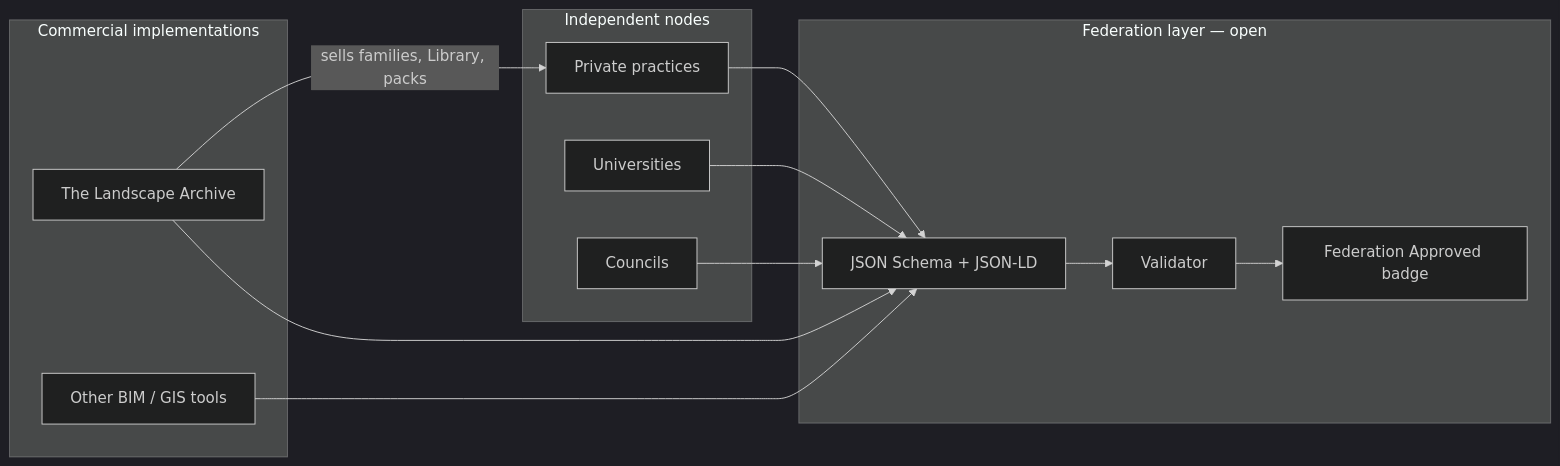
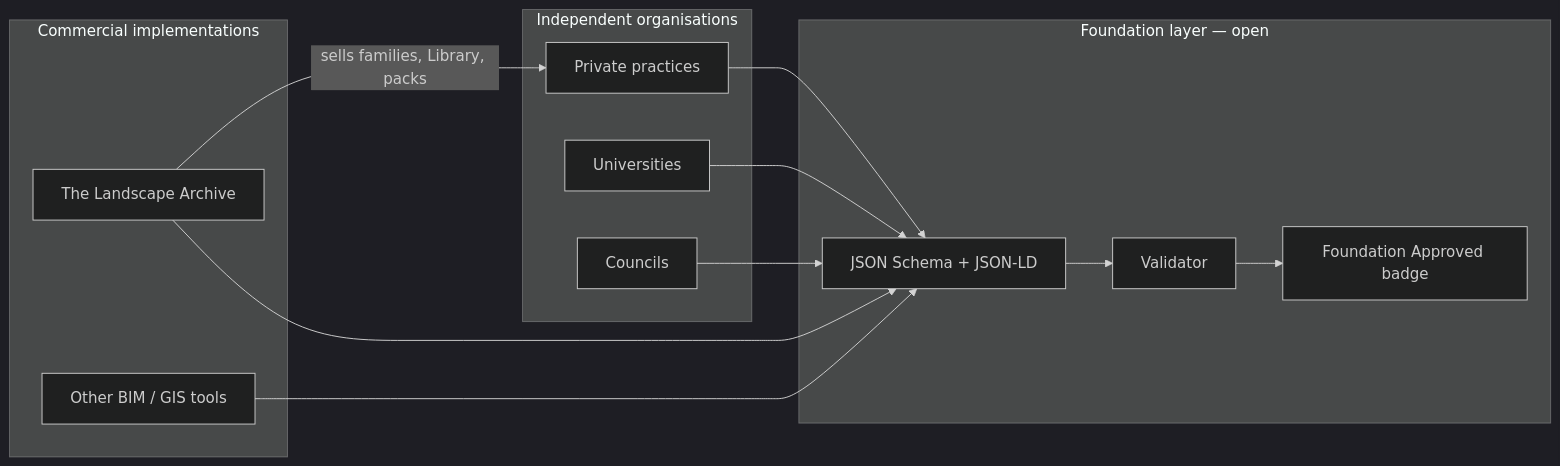
Before and after one commit to marknorlanlaririt-ai/landscape-archive-foundation: the diagram in README.md, drawn with Mermaid (dark theme). The commit also changed other lines of this file and 16 other files, not shown here.

````diff
--- a/README.md
+++ b/README.md
@@ -11,28 +30,28 @@
 ```mermaid
 flowchart LR
-  subgraph nodes [Independent nodes]
+  subgraph orgs [Independent organisations]
     P[Private practices]
     U[Universities]
     C[Councils]
   end
 
-  subgraph fed [Federation layer — open]
+  subgraph foundation [Foundation layer — open]
     S[JSON Schema + JSON-LD]
     V[Validator]
-    B[Federation Approved badge]
+    B[Foundation Approved badge]
   end
 
   subgraph impl [Commercial implementations]
     LA[The Landscape Archive]
     BIM[Other BIM / GIS tools]
   end
 
   P --> S
   U --> S
   C --> S
   S --> V
   V --> B
   LA --> S
   BIM --> S
   LA -->|sells families, Library, packs| P
 ```
````
